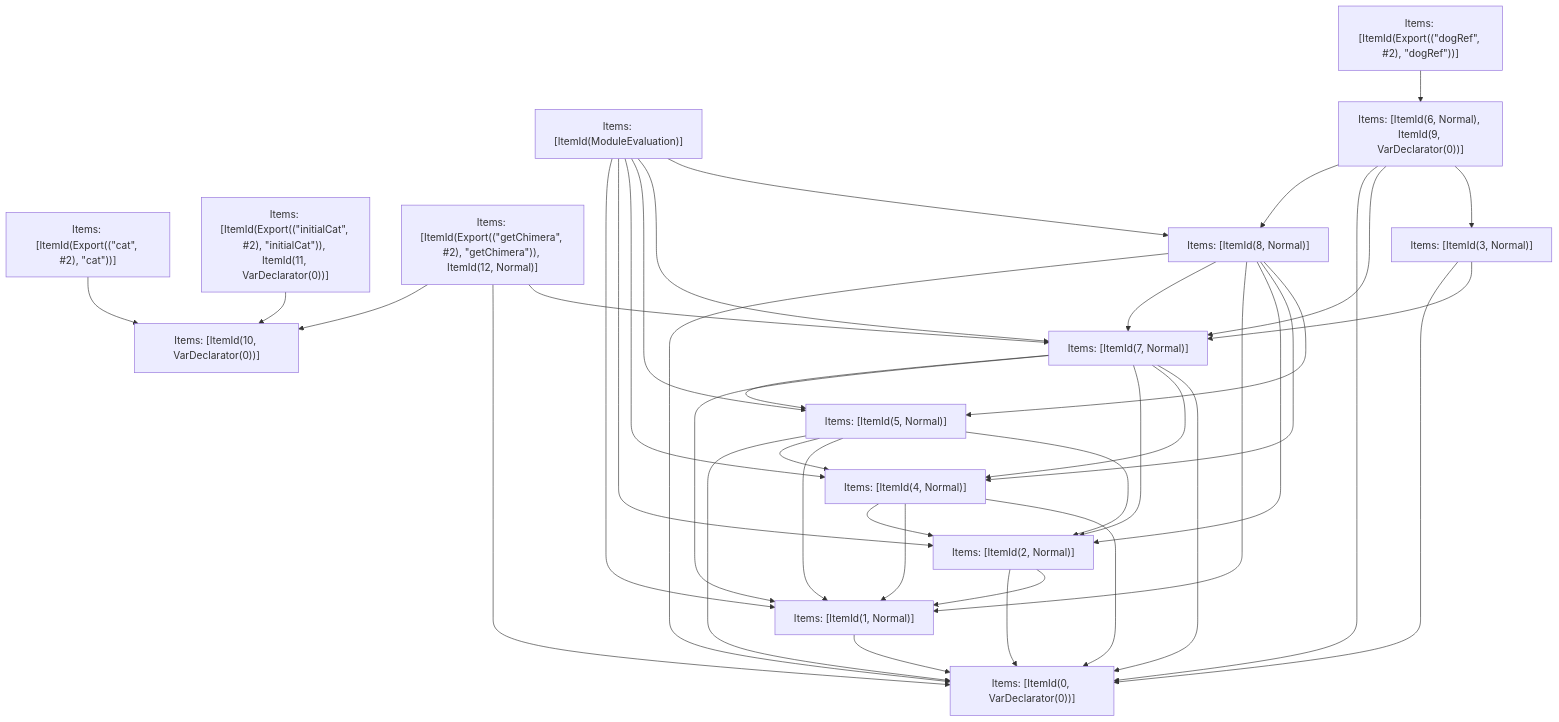
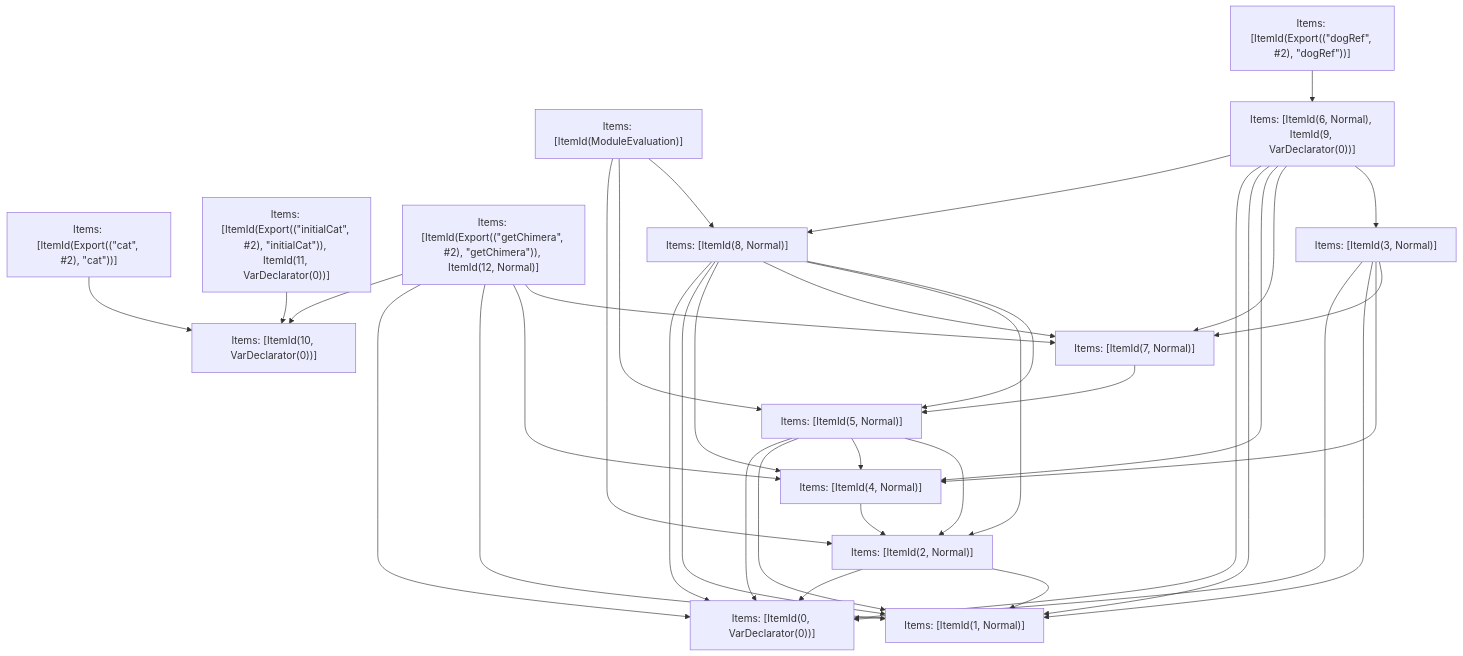
The fifth of 5 diagrams in crates/turbopack-ecmascript/tests/tree-shaker/analyzer/complex/output.md (vercel/turborepo), drawn with Mermaid before and after one commit. The commit also changed other lines of this file and 12 other files, not shown here.

````diff
--- a/crates/turbopack-ecmascript/tests/tree-shaker/analyzer/complex/output.md
+++ b/crates/turbopack-ecmascript/tests/tree-shaker/analyzer/complex/output.md
@@ -364,57 +351,53 @@
 ```mermaid
 graph TD
     N0["Items: [ItemId(ModuleEvaluation)]"];
     N1["Items: [ItemId(Export((&quot;dogRef&quot;, #2), &quot;dogRef&quot;))]"];
     N2["Items: [ItemId(Export((&quot;cat&quot;, #2), &quot;cat&quot;))]"];
     N3["Items: [ItemId(Export((&quot;initialCat&quot;, #2), &quot;initialCat&quot;)), ItemId(11, VarDeclarator(0))]"];
     N4["Items: [ItemId(Export((&quot;getChimera&quot;, #2), &quot;getChimera&quot;)), ItemId(12, Normal)]"];
     N5["Items: [ItemId(6, Normal), ItemId(9, VarDeclarator(0))]"];
     N6["Items: [ItemId(0, VarDeclarator(0))]"];
     N7["Items: [ItemId(1, Normal)]"];
     N8["Items: [ItemId(2, Normal)]"];
     N9["Items: [ItemId(3, Normal)]"];
     N10["Items: [ItemId(4, Normal)]"];
     N11["Items: [ItemId(5, Normal)]"];
     N12["Items: [ItemId(7, Normal)]"];
     N13["Items: [ItemId(8, Normal)]"];
     N14["Items: [ItemId(10, VarDeclarator(0))]"];
-    N0 --> N7;
     N0 --> N8;
-    N0 --> N10;
     N0 --> N11;
-    N0 --> N12;
     N0 --> N13;
     N1 --> N5;
     N2 --> N14;
     N3 --> N14;
     N4 --> N14;
     N4 --> N6;
+    N4 --> N7;
+    N4 --> N10;
     N4 --> N12;
     N5 --> N13;
     N5 --> N6;
+    N5 --> N7;
+    N5 --> N10;
     N5 --> N12;
     N5 --> N9;
-    N7 --> N6;
     N8 --> N6;
     N8 --> N7;
     N9 --> N6;
+    N9 --> N7;
+    N9 --> N10;
     N9 --> N12;
     N10 --> N8;
-    N10 --> N7;
-    N10 --> N6;
     N11 --> N6;
+    N11 --> N7;
     N11 --> N10;
-    N11 --> N7;
     N11 --> N8;
     N12 --> N11;
-    N12 --> N7;
-    N12 --> N8;
-    N12 --> N10;
-    N12 --> N6;
     N13 --> N6;
+    N13 --> N7;
+    N13 --> N10;
     N13 --> N12;
-    N13 --> N7;
     N13 --> N8;
-    N13 --> N10;
     N13 --> N11;
 ```
````
